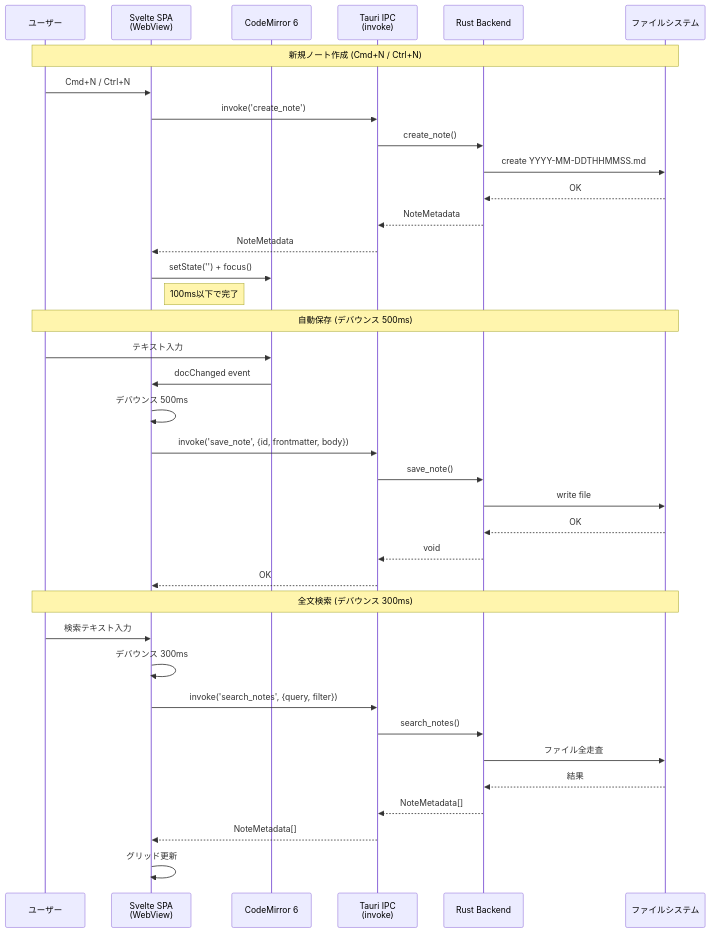
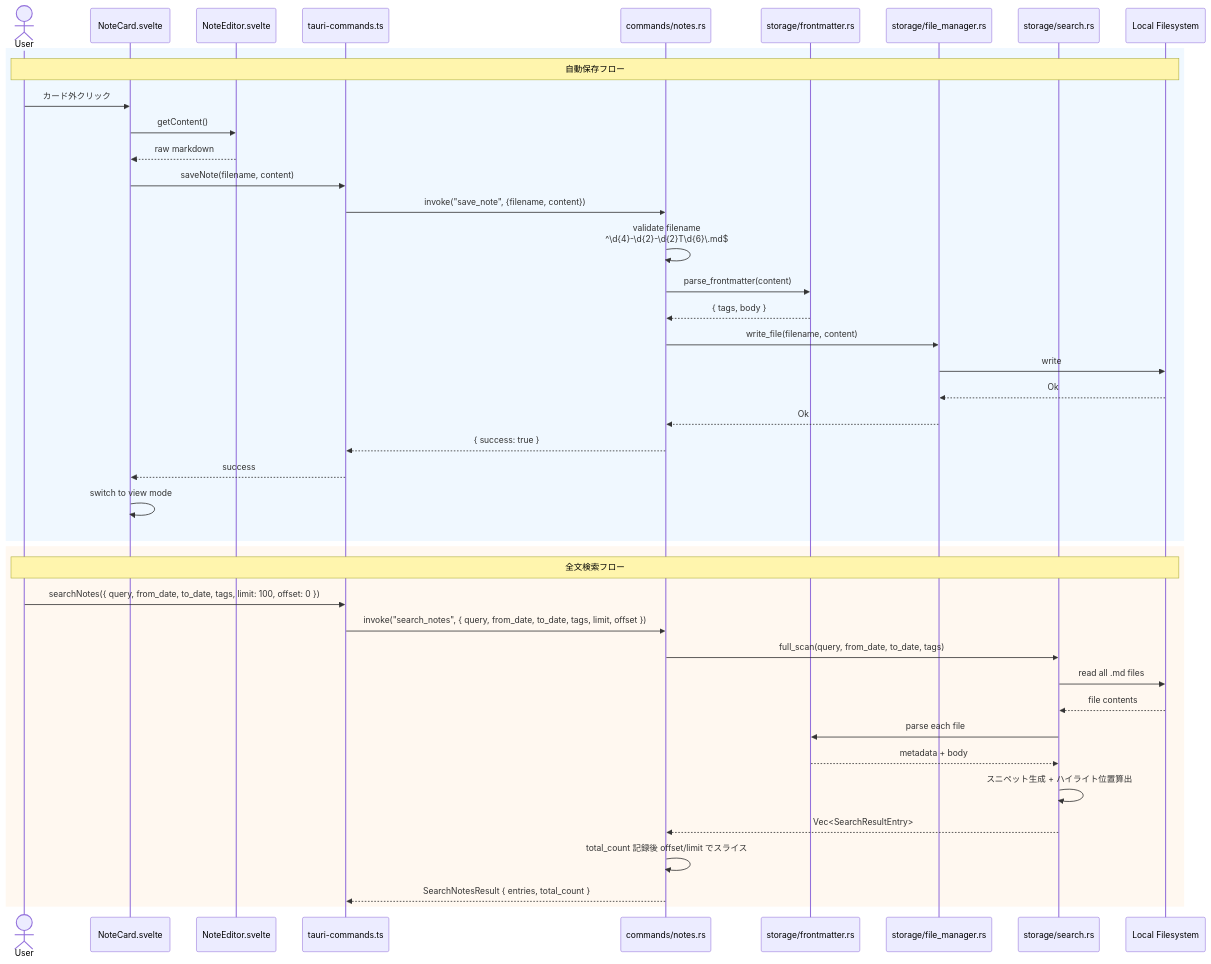
One commit to dev-komenzar/prompt-notes changed the third of 4 diagrams in docs/detailed_design/component_architecture.md. Above: the diagram before and after it, drawn with Mermaid. The commit also changed other lines of this file and 12 other files, not shown here.

````diff
--- a/docs/detailed_design/component_architecture.md
+++ b/docs/detailed_design/component_architecture.md
@@ -123,42 +197,46 @@
 ```mermaid
 sequenceDiagram
-    participant User as ユーザー
-    participant Svelte as Svelte SPA<br/>(WebView)
-    participant CM6 as CodeMirror 6
-    participant IPC as Tauri IPC<br/>(invoke)
-    participant Rust as Rust Backend
-    participant FS as ファイルシステム
+    actor User
+    participant NoteCard as NoteCard.svelte
+    participant Editor as NoteEditor.svelte
+    participant TC as tauri-commands.ts
+    participant CmdNotes as commands/notes.rs
+    participant FM as storage/frontmatter.rs
+    participant FileMgr as storage/file_manager.rs
+    participant SRCH as storage/search.rs
+    participant FS as Local Filesystem
 
-    Note over User, FS: 新規ノート作成 (Cmd+N / Ctrl+N)
-    User->>Svelte: Cmd+N / Ctrl+N
-    Svelte->>IPC: invoke('create_note')
-    IPC->>Rust: create_note()
-    Rust->>FS: create YYYY-MM-DDTHHMMSS.md
-    FS-->>Rust: OK
-    Rust-->>IPC: NoteMetadata
-    IPC-->>Svelte: NoteMetadata
-    Svelte->>CM6: setState('') + focus()
-    Note right of Svelte: 100ms以下で完了
+    rect rgb(240, 248, 255)
+        Note over User,FS: 自動保存フロー
+        User->>NoteCard: カード外クリック
+        NoteCard->>Editor: getContent()
+        Editor-->>NoteCard: raw markdown
+        NoteCard->>TC: saveNote(filename, content)
+        TC->>CmdNotes: invoke("save_note", {filename, content})
+        CmdNotes->>CmdNotes: validate filename<br/>^\d{4}-\d{2}-\d{2}T\d{6}\.md$
+        CmdNotes->>FM: parse_frontmatter(content)
+        FM-->>CmdNotes: { tags, body }
+        CmdNotes->>FileMgr: write_file(filename, content)
+        FileMgr->>FS: write
+        FS-->>FileMgr: Ok
+        FileMgr-->>CmdNotes: Ok
+        CmdNotes-->>TC: { success: true }
+        TC-->>NoteCard: success
+        NoteCard->>NoteCard: switch to view mode
+    end
 
-    Note over User, FS: 自動保存 (デバウンス 500ms)
-    User->>CM6: テキスト入力
-    CM6->>Svelte: docChanged event
-    Svelte->>Svelte: デバウンス 500ms
-    Svelte->>IPC: invoke('save_note', {id, frontmatter, body})
-    IPC->>Rust: save_note()
-    Rust->>FS: write file
-    FS-->>Rust: OK
-    Rust-->>IPC: void
-    IPC-->>Svelte: OK
-
-    Note over User, FS: 全文検索 (デバウンス 300ms)
-    User->>Svelte: 検索テキスト入力
-    Svelte->>Svelte: デバウンス 300ms
-    Svelte->>IPC: invoke('search_notes', {query, filter})
-    IPC->>Rust: search_notes()
-    Rust->>FS: ファイル全走査
-    FS-->>Rust: 結果
-    Rust-->>IPC: NoteMetadata[]
-    IPC-->>Svelte: NoteMetadata[]
-    Svelte->>Svelte: グリッド更新
+    rect rgb(255, 248, 240)
+        Note over User,FS: 全文検索フロー
+        User->>TC: searchNotes({ query, from_date, to_date, tags, limit: 100, offset: 0 })
+        TC->>CmdNotes: invoke("search_notes", { query, from_date, to_date, tags, limit, offset })
+        CmdNotes->>SRCH: full_scan(query, from_date, to_date, tags)
+        SRCH->>FS: read all .md files
+        FS-->>SRCH: file contents
+        SRCH->>FM: parse each file
+        FM-->>SRCH: metadata + body
+        SRCH->>SRCH: スニペット生成 + ハイライト位置算出
+        SRCH-->>CmdNotes: Vec<SearchResultEntry>
+        CmdNotes->>CmdNotes: total_count 記録後 offset/limit でスライス
+        CmdNotes-->>TC: SearchNotesResult { entries, total_count }
+    end
 ```
````
